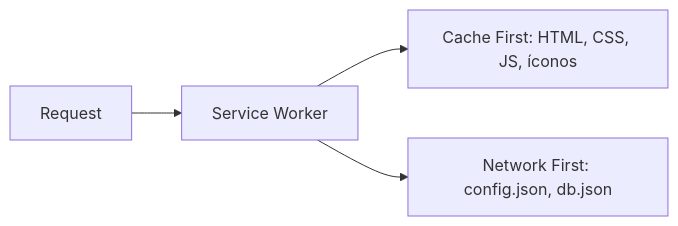
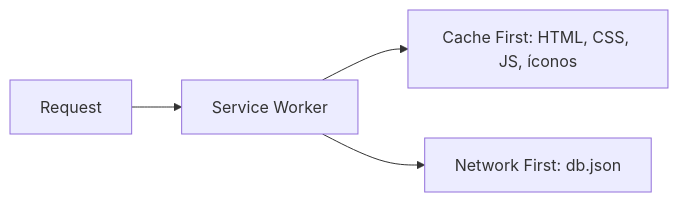
One commit to psbella/farmcias-balcarce changed the second of 2 diagrams in README.md. Above: the diagram before and after it, drawn with Mermaid. The commit also changed other lines of this file and 30 other files, not shown here.

````diff
--- a/README.md
+++ b/README.md
@@ -205,6 +130,6 @@
 ```mermaid
 flowchart LR
     Request --> SW[Service Worker]
     SW --> Estatico[Cache First: HTML, CSS, JS, íconos]
-    SW --> Datos[Network First: config.json, db.json]
+    SW --> Datos[Network First: db.json]
 ```
````
